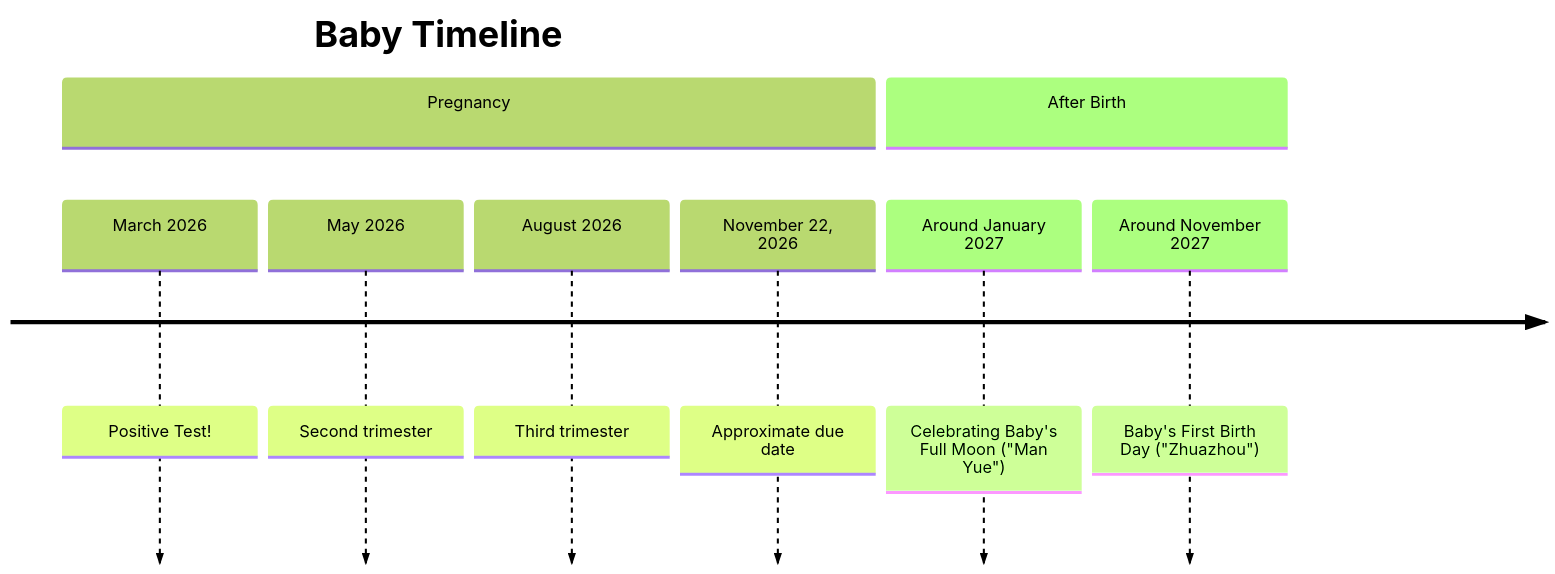
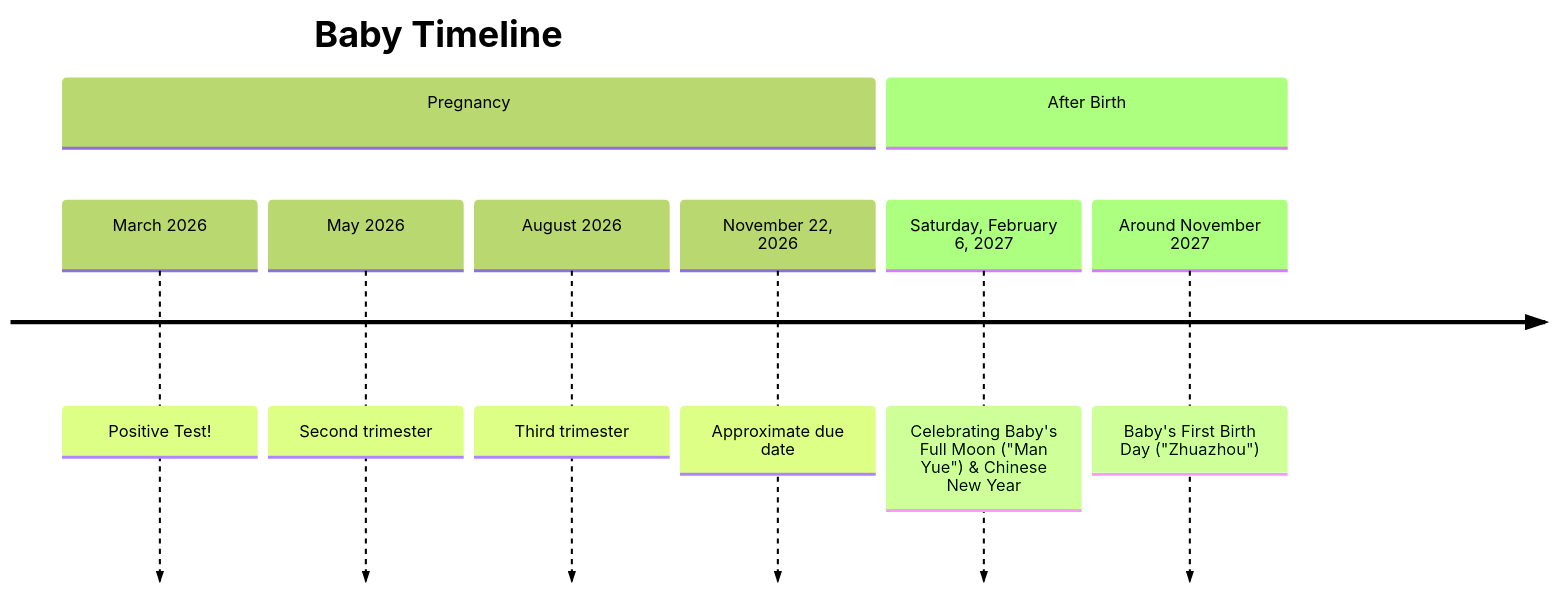
Before and after one commit to heidiwwang/heidi2o: the diagram in content/baby_guide.md, drawn with Mermaid (forest theme).

Commit message:
Quartz sync: Sep 26, 2026, 1:26 PM

````diff
--- a/content/baby_guide.md
+++ b/content/baby_guide.md
@@ -13,13 +13,13 @@
 ```mermaid
 timeline
     title Baby Timeline
     section Pregnancy
 	    March 2026 : Positive Test!
 	    May 2026 : Second trimester
 	    August 2026 : Third trimester
 	    November 22, 2026 : Approximate due date
 	    
 	section After Birth
-		Around January 2027: Celebrating Baby's Full Moon ("Man Yue")		
+		Saturday, February 6, 2027: Celebrating Baby's Full Moon ("Man Yue") & Chinese New Year	
 		Around November 2027: Baby's First Birth Day ("Zhuazhou")
 ```
````
